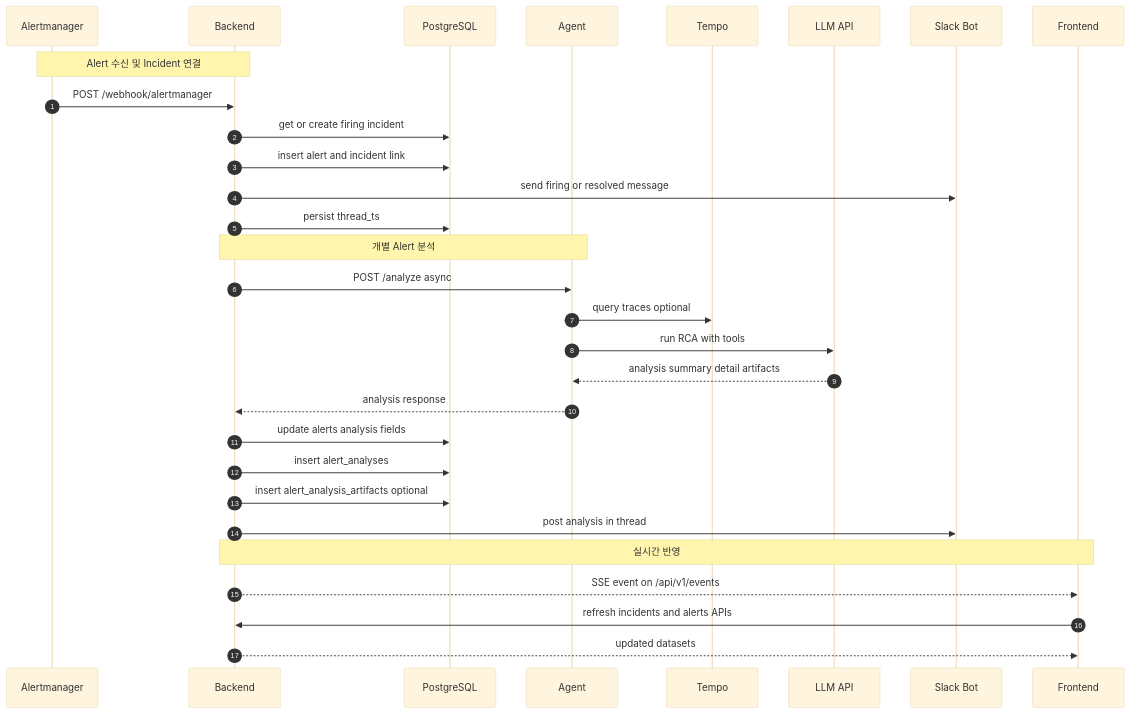
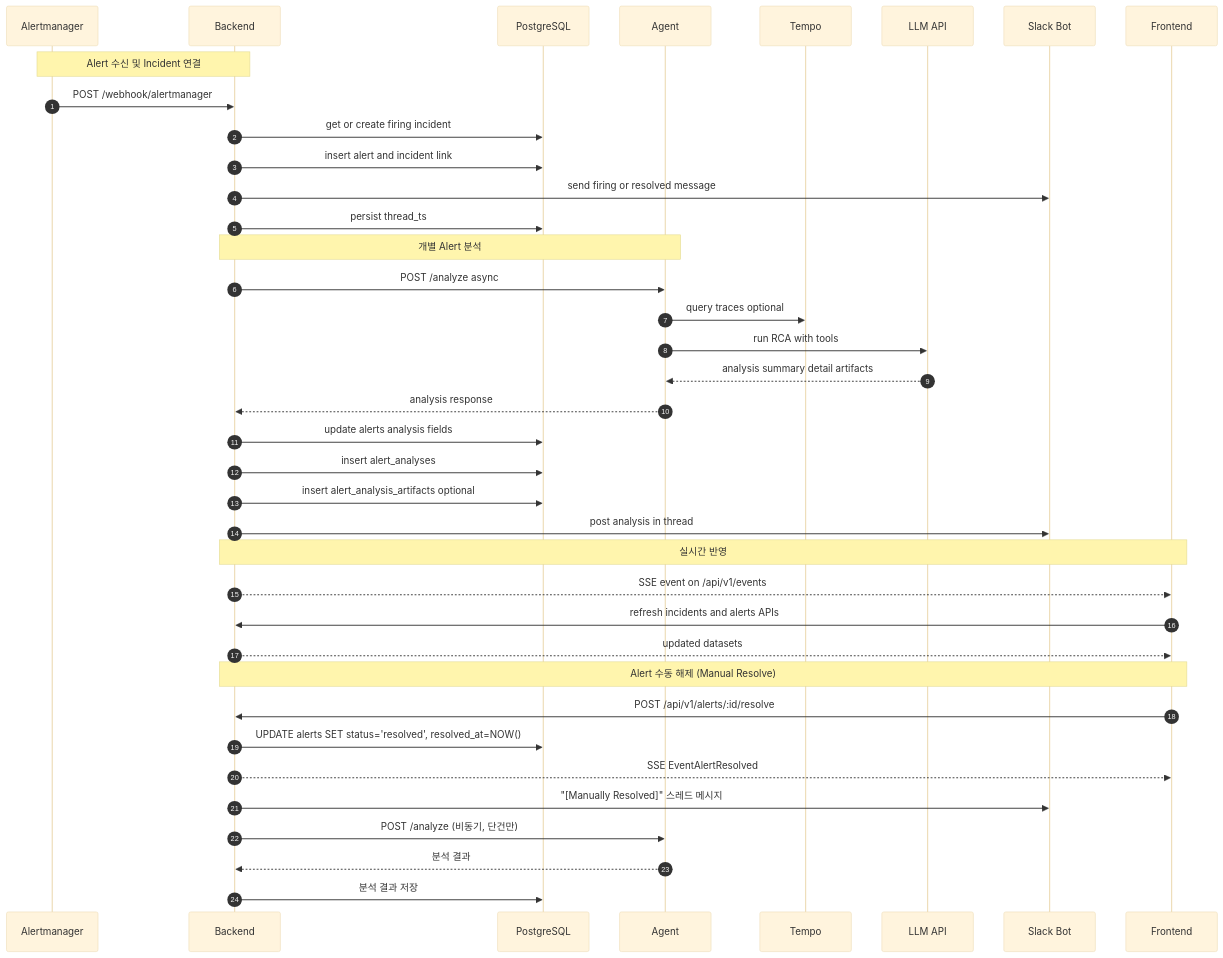
One commit to kube-rca/kuberca changed the diagram in docs/diagrams/alert_analysis_sequence_diagram.md. Above: the diagram before and after it, drawn with Mermaid (base theme). The commit also changed 2 other files, not shown here.

Commit message:
docs: update architecture, project, diagrams, and profile README for manual alert resolve feature

````diff
--- a/docs/diagrams/alert_analysis_sequence_diagram.md
+++ b/docs/diagrams/alert_analysis_sequence_diagram.md
@@ -1,36 +1,45 @@
 ```mermaid
 sequenceDiagram
   autonumber
   participant AM as Alertmanager
   participant BE as Backend
   participant DB as PostgreSQL
   participant AG as Agent
   participant TP as Tempo
   participant LLM as LLM API
   participant SL as Slack Bot
   participant FE as Frontend
 
   Note over AM,BE: Alert 수신 및 Incident 연결
   AM->>BE: POST /webhook/alertmanager
   BE->>DB: get or create firing incident
   BE->>DB: insert alert and incident link
   BE->>SL: send firing or resolved message
   BE->>DB: persist thread_ts
 
   Note over BE,AG: 개별 Alert 분석
   BE->>AG: POST /analyze async
   AG->>TP: query traces optional
   AG->>LLM: run RCA with tools
   LLM-->>AG: analysis summary detail artifacts
   AG-->>BE: analysis response
 
   BE->>DB: update alerts analysis fields
   BE->>DB: insert alert_analyses
   BE->>DB: insert alert_analysis_artifacts optional
   BE->>SL: post analysis in thread
 
   Note over BE,FE: 실시간 반영
   BE-->>FE: SSE event on /api/v1/events
   FE->>BE: refresh incidents and alerts APIs
   BE-->>FE: updated datasets
+
+  Note over FE,BE: Alert 수동 해제 (Manual Resolve)
+  FE->>BE: POST /api/v1/alerts/:id/resolve
+  BE->>DB: UPDATE alerts SET status='resolved', resolved_at=NOW()
+  BE-->>FE: SSE EventAlertResolved
+  BE->>SL: "[Manually Resolved]" 스레드 메시지
+  BE->>AG: POST /analyze (비동기, 단건만)
+  AG-->>BE: 분석 결과
+  BE->>DB: 분석 결과 저장
 ```
````
